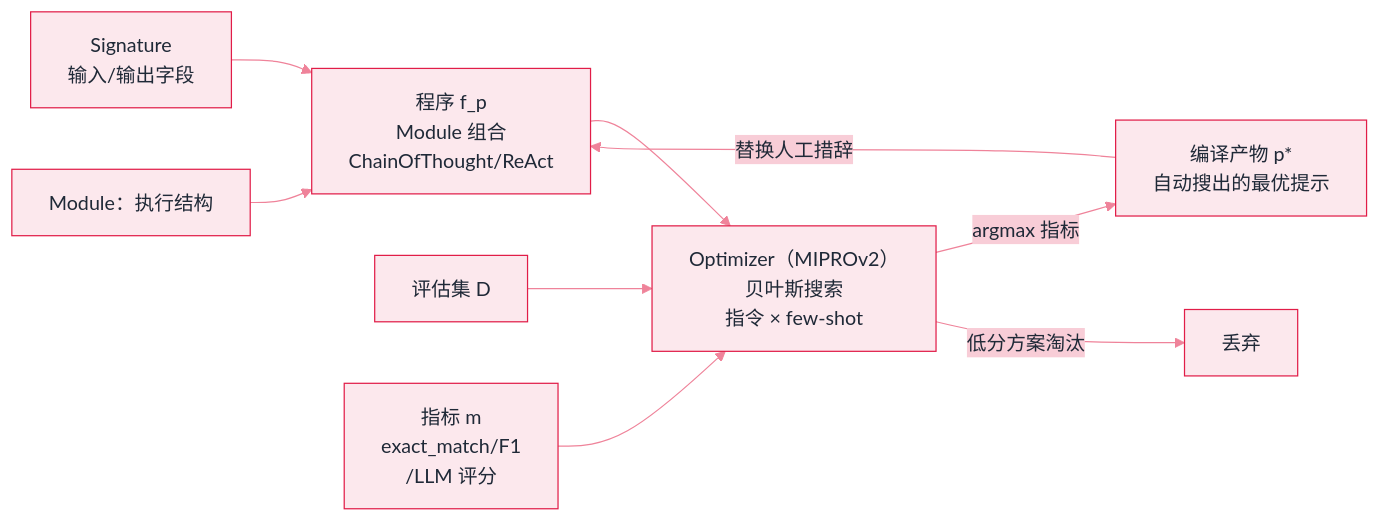
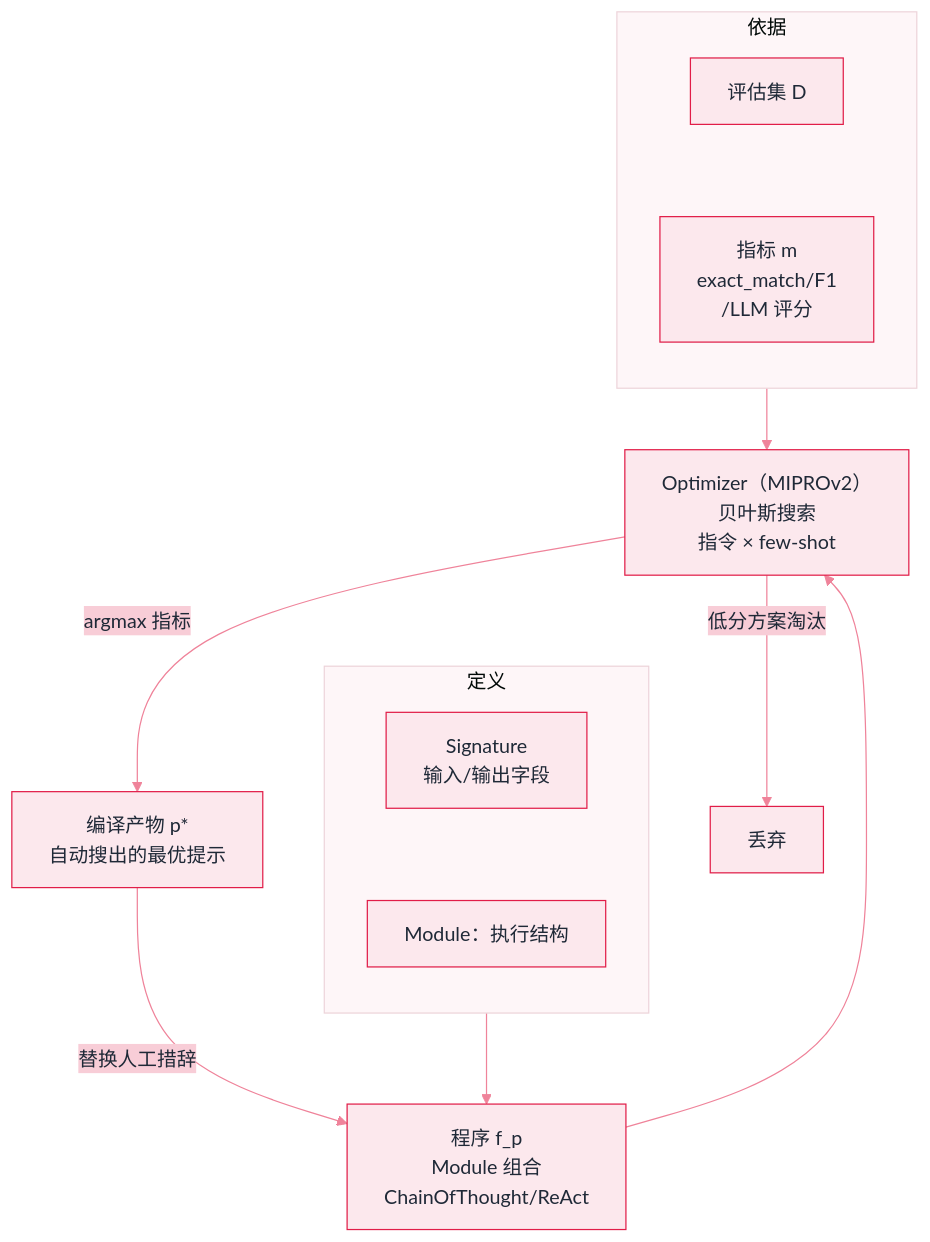
One commit to funny8kids/ai-agent-handbook changed the diagram in docs/09-frameworks/dspy.md. Above: the diagram before and after it, drawn with Mermaid. The commit also changed 5 other files, not shown here.

First line of the commit message:
第 110 轮：方向关键字用尽后按张重排 Mermaid 内容，768 列标签 <12px 从 13 张降到 10 张

````diff
--- a/docs/09-frameworks/dspy.md
+++ b/docs/09-frameworks/dspy.md
@@ -46,12 +46,18 @@
 ```mermaid
 %%{init: {"theme":"base","themeVariables":{"primaryColor":"#FCE8ED","primaryBorderColor":"#E11D48","primaryTextColor":"#1F2937","secondaryColor":"#F8CDD7","tertiaryColor":"#FEF6F8","lineColor":"#EF839A","actorBkg":"#FDEDF0","actorBorder":"#E11D48","actorTextColor":"#1F2937","signalColor":"#EA617F","noteBkgColor":"#FAD6DE","noteBorderColor":"#E11D48","noteTextColor":"#1F2937","labelBoxBkgColor":"#FCE8ED","labelBoxBorderColor":"#E11D48"}}}%%
-flowchart LR
-  S["Signature<br/>输入/输出字段"] --> F["程序 f_p<br/>Module 组合<br/>ChainOfThought/ReAct"]
-  MOD["Module：执行结构"] --> F
+flowchart TB
+  subgraph IN1["定义"]
+    direction TB
+    S["Signature<br/>输入/输出字段"] ~~~ MOD["Module：执行结构"]
+  end
+  subgraph IN2["依据"]
+    direction TB
+    D["评估集 D"] ~~~ M["指标 m<br/>exact_match/F1<br/>/LLM 评分"]
+  end
+  IN1 --> F["程序 f_p<br/>Module 组合<br/>ChainOfThought/ReAct"]
   F --> O["Optimizer（MIPROv2）<br/>贝叶斯搜索<br/>指令 × few-shot"]
-  D["评估集 D"] --> O
-  M["指标 m<br/>exact_match/F1<br/>/LLM 评分"] --> O
+  IN2 --> O
   O -->|argmax 指标| P["编译产物 p*<br/>自动搜出的最优提示"]
   P -->|替换人工措辞| F
   O -->|低分方案淘汰| X["丢弃"]
 ```
````
